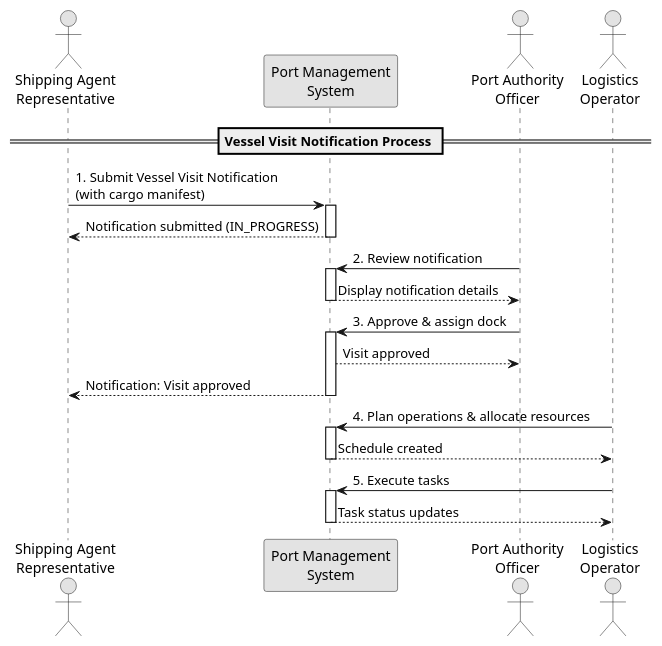
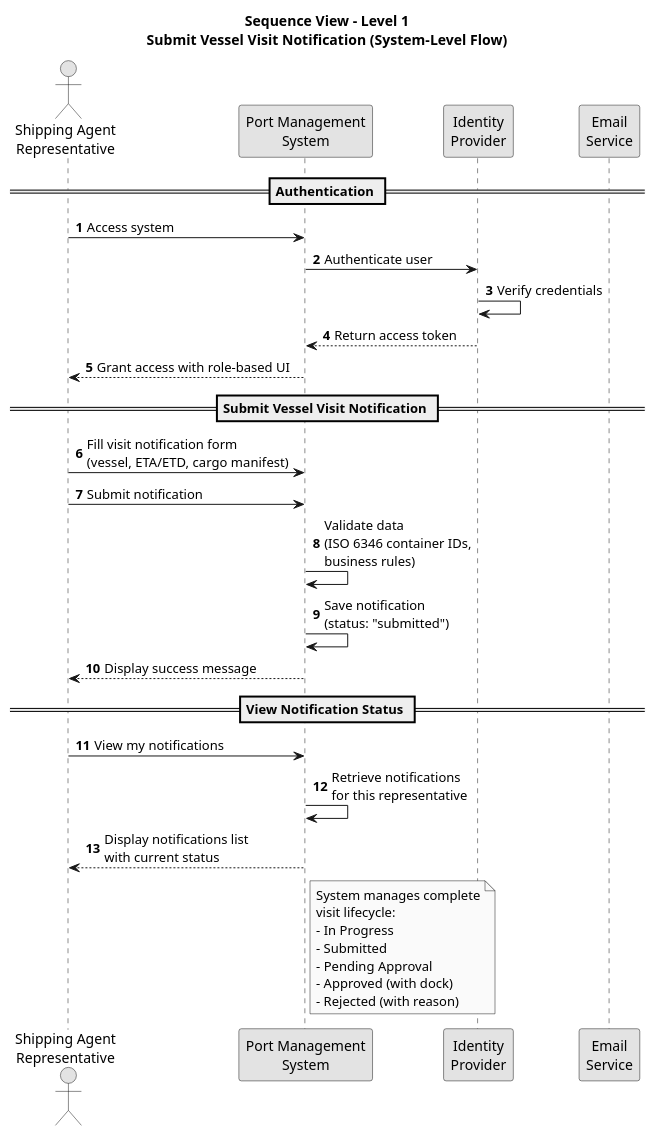
One commit to adampawelka/PortManagement changed the diagram in docs/sequence01.puml. Above: the diagram before and after it, drawn with PlantUML. The commit also changed 18 other files, not shown here.

Commit message:
Updated Level 1 and 2 Diagrams

```diff
--- a/docs/sequence01.puml
+++ b/docs/sequence01.puml
@@ -1,38 +1,41 @@
-@startuml
+@startuml sequence01
 skinparam monochrome true
+autonumber
+
+title Sequence View - Level 1\nSubmit Vessel Visit Notification (System-Level Flow)
 
 actor "Shipping Agent\nRepresentative" as SAR
 participant "Port Management\nSystem" as PMS
-actor "Port Authority\nOfficer" as PAO
-actor "Logistics\nOperator" as LO
+participant "Identity\nProvider" as IDP
+participant "Email\nService" as Email
 
-== Vessel Visit Notification Process ==
+== Authentication ==
+SAR -> PMS: Access system
+PMS -> IDP: Authenticate user
+IDP -> IDP: Verify credentials
+IDP --> PMS: Return access token
+PMS --> SAR: Grant access with role-based UI
 
-SAR -> PMS : 1. Submit Vessel Visit Notification\n(with cargo manifest)
-activate PMS
-PMS --> SAR : Notification submitted (IN_PROGRESS)
-deactivate PMS
+== Submit Vessel Visit Notification ==
+SAR -> PMS: Fill visit notification form\n(vessel, ETA/ETD, cargo manifest)
+SAR -> PMS: Submit notification
+PMS -> PMS: Validate data\n(ISO 6346 container IDs,\nbusiness rules)
+PMS -> PMS: Save notification\n(status: "submitted")
+PMS --> SAR: Display success message
 
-PAO -> PMS : 2. Review notification
-activate PMS
-PMS --> PAO : Display notification details
-deactivate PMS
+== View Notification Status ==
+SAR -> PMS: View my notifications
+PMS -> PMS: Retrieve notifications\nfor this representative
+PMS --> SAR: Display notifications list\nwith current status
 
-PAO -> PMS : 3. Approve & assign dock
-activate PMS
-PMS --> PAO : Visit approved
-PMS --> SAR : Notification: Visit approved
-deactivate PMS
-
-LO -> PMS : 4. Plan operations & allocate resources
-activate PMS
-PMS --> LO : Schedule created
-deactivate PMS
-
-LO -> PMS : 5. Execute tasks
-activate PMS
-PMS --> LO : Task status updates
-deactivate PMS
-
+note right of PMS
+  System manages complete
+  visit lifecycle:
+  - In Progress
+  - Submitted
+  - Pending Approval
+  - Approved (with dock)
+  - Rejected (with reason)
+end note
 
 @enduml
```
